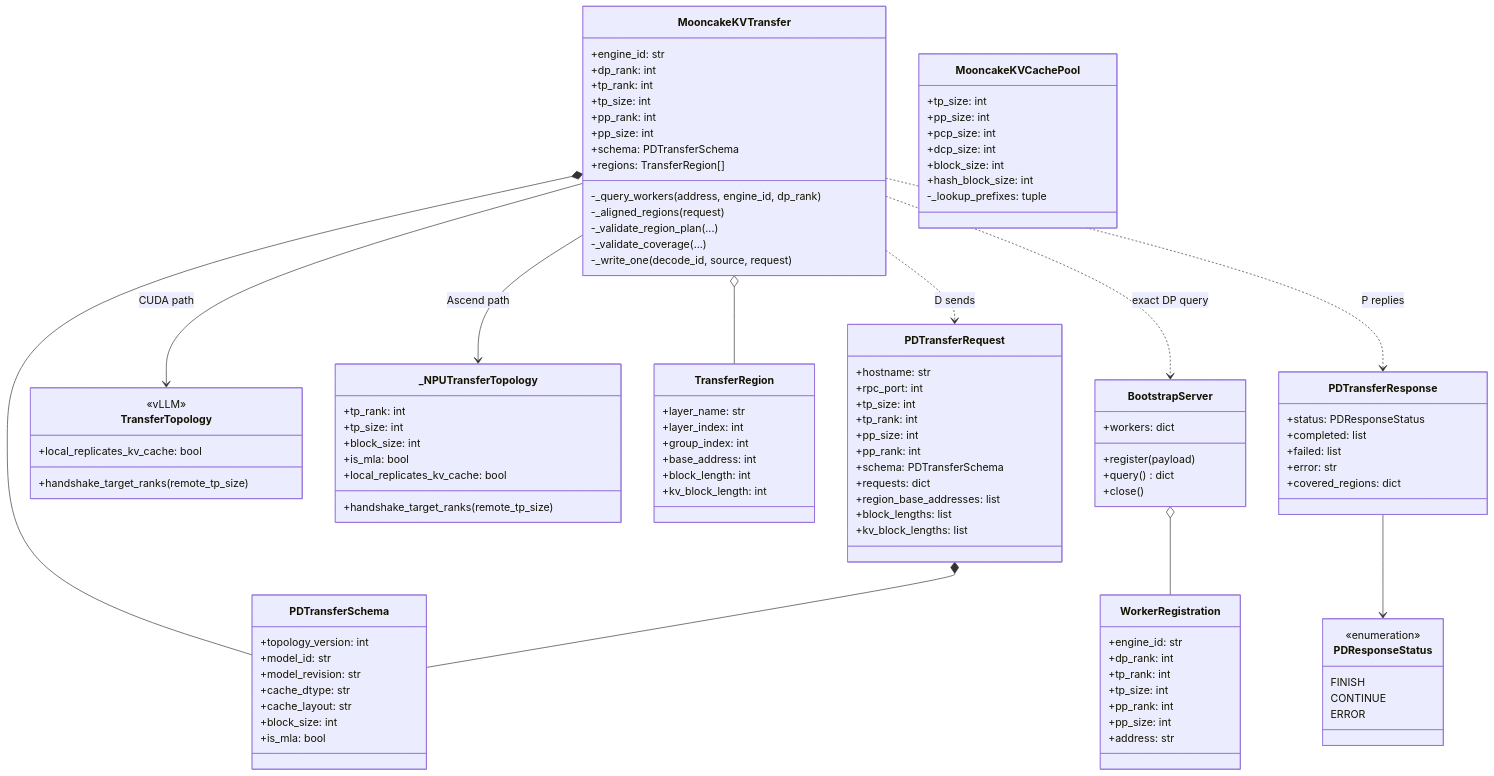
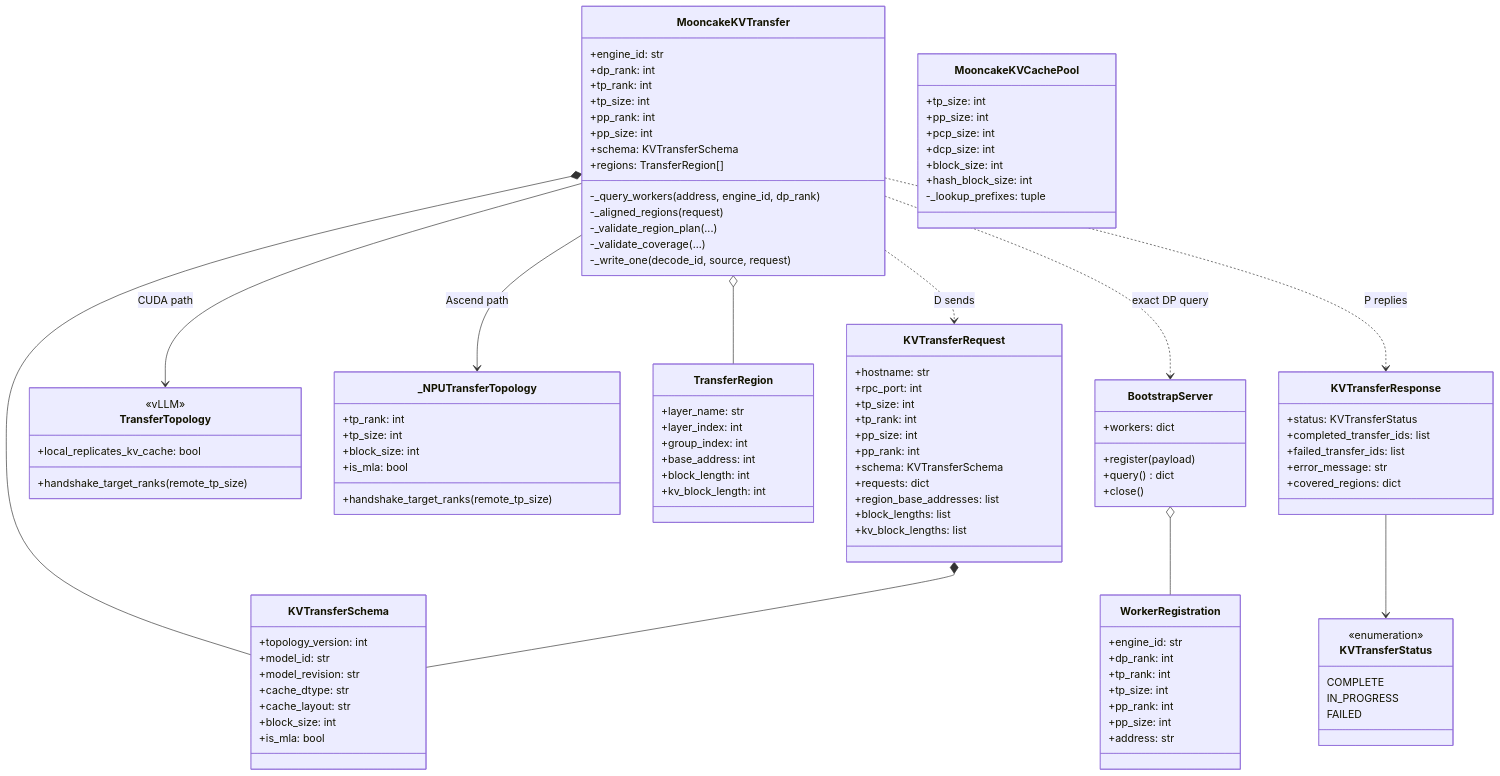
One commit to WangSu-X/MTSC changed the fourth of 6 diagrams in docs/design/S03-decode设计.md. Above: the diagram before and after it, drawn with Mermaid. The commit also changed other lines of this file and 16 other files, not shown here.

````diff
--- a/docs/design/S03-decode设计.md
+++ b/docs/design/S03-decode设计.md
@@ -548,7 +542,7 @@
         +tp_size: int
         +pp_rank: int
         +pp_size: int
-        +schema: PDTransferSchema
+        +schema: KVTransferSchema
         +regions: TransferRegion[]
         -_query_workers(address, engine_id, dp_rank)
         -_aligned_regions(request)
@@ -581,7 +575,6 @@
         +tp_size: int
         +block_size: int
         +is_mla: bool
-        +local_replicates_kv_cache: bool
         +handshake_target_ranks(remote_tp_size)
     }
     class TransferRegion {
@@ -592,7 +585,7 @@
         +block_length: int
         +kv_block_length: int
     }
-    class PDTransferSchema {
+    class KVTransferSchema {
         +topology_version: int
         +model_id: str
         +model_revision: str
@@ -601,31 +594,31 @@
         +block_size: int
         +is_mla: bool
     }
-    class PDTransferRequest {
+    class KVTransferRequest {
         +hostname: str
         +rpc_port: int
         +tp_size: int
         +tp_rank: int
         +pp_size: int
         +pp_rank: int
-        +schema: PDTransferSchema
+        +schema: KVTransferSchema
         +requests: dict
         +region_base_addresses: list
         +block_lengths: list
         +kv_block_lengths: list
     }
-    class PDTransferResponse {
-        +status: PDResponseStatus
-        +completed: list
-        +failed: list
-        +error: str
+    class KVTransferResponse {
+        +status: KVTransferStatus
+        +completed_transfer_ids: list
+        +failed_transfer_ids: list
+        +error_message: str
         +covered_regions: dict
     }
-    class PDResponseStatus {
+    class KVTransferStatus {
         <<enumeration>>
-        FINISH
-        CONTINUE
-        ERROR
+        COMPLETE
+        IN_PROGRESS
+        FAILED
     }
     class MooncakeKVCachePool {
         +tp_size: int
@@ -637,14 +630,14 @@
         -_lookup_prefixes: tuple
     }
 
-    MooncakeKVTransfer *-- PDTransferSchema
+    MooncakeKVTransfer *-- KVTransferSchema
     MooncakeKVTransfer o-- TransferRegion
     MooncakeKVTransfer --> TransferTopology : CUDA path
     MooncakeKVTransfer --> _NPUTransferTopology : Ascend path
     MooncakeKVTransfer ..> BootstrapServer : exact DP query
     BootstrapServer o-- WorkerRegistration
-    MooncakeKVTransfer ..> PDTransferRequest : D sends
-    MooncakeKVTransfer ..> PDTransferResponse : P replies
-    PDTransferRequest *-- PDTransferSchema
-    PDTransferResponse --> PDResponseStatus
+    MooncakeKVTransfer ..> KVTransferRequest : D sends
+    MooncakeKVTransfer ..> KVTransferResponse : P replies
+    KVTransferRequest *-- KVTransferSchema
+    KVTransferResponse --> KVTransferStatus
 ```
````
